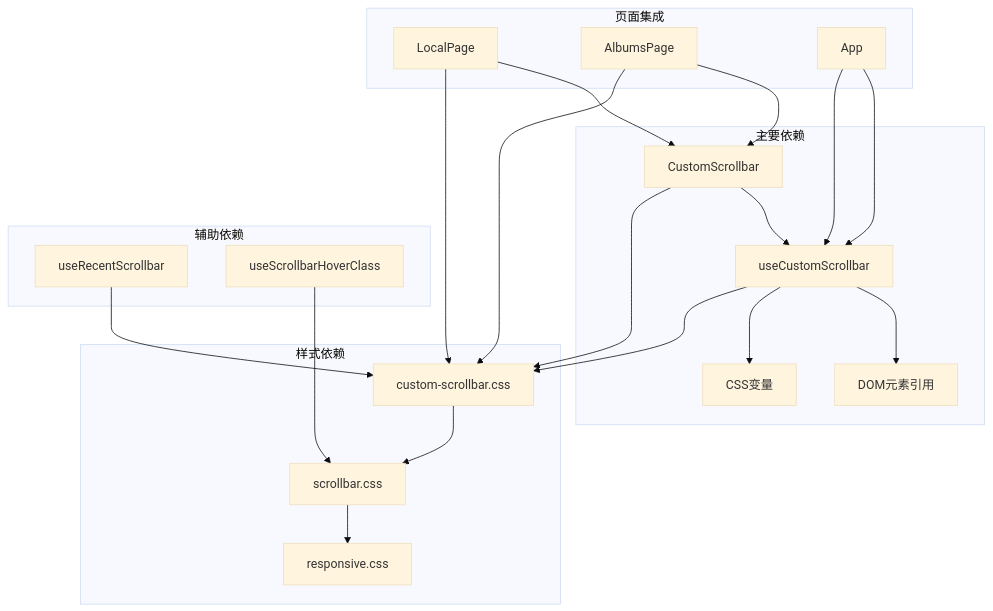
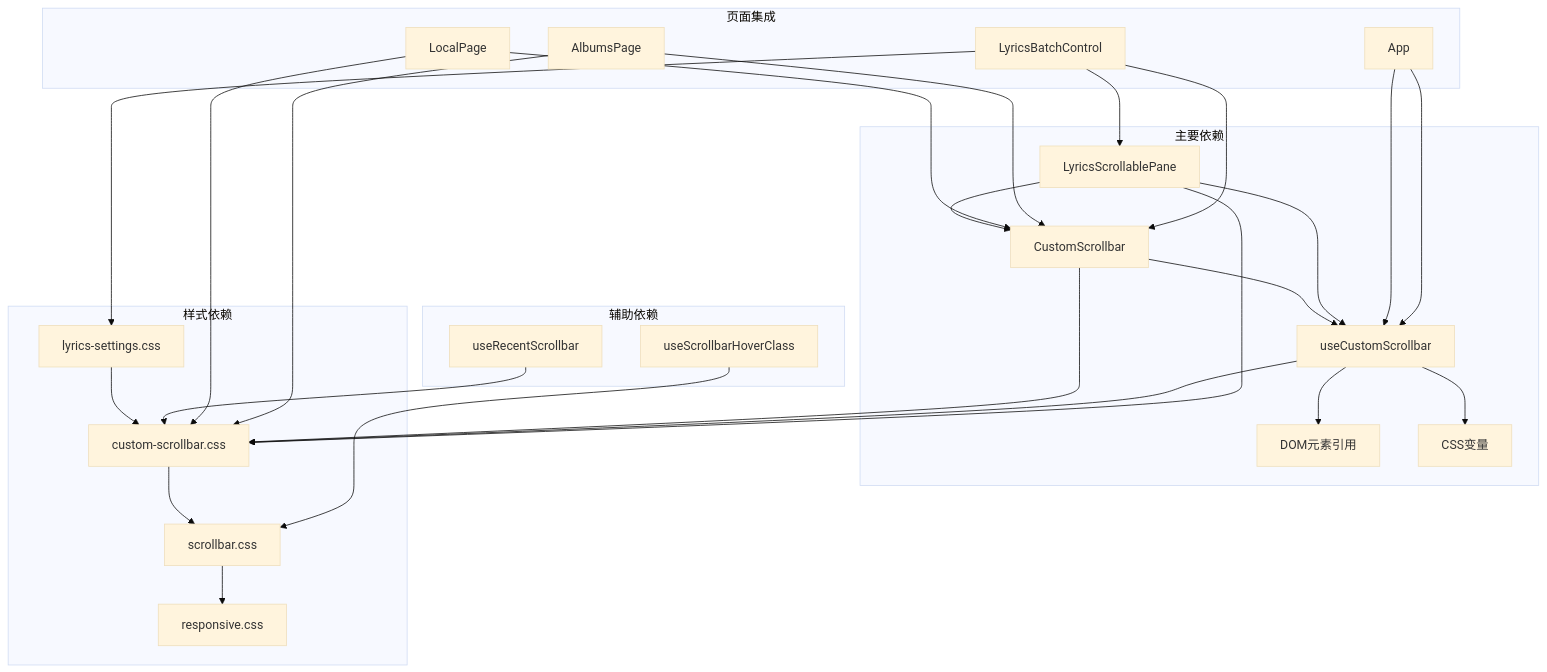
One commit to SeakyLuo/SMPlayerElectron changed diagram 18 of 19 in .qoder/repowiki/zh/content/用户界面/React组件体系/UI基础组件/CustomScrollbar自定义滚动条.md. Above: the diagram before and after it, drawn with Mermaid (base theme). The commit also changed other lines of this file and 32 other files, not shown here.

````diff
--- a/.qoder/repowiki/zh/content/用户界面/React组件体系/UI基础组件/CustomScrollbar自定义滚动条.md
+++ b/.qoder/repowiki/zh/content/用户界面/React组件体系/UI基础组件/CustomScrollbar自定义滚动条.md
@@ -431,26 +545,33 @@
 ```mermaid
 graph TB
 subgraph "主要依赖"
 CS[CustomScrollbar] --> UC[useCustomScrollbar]
+LSP[LyricsScrollablePane] --> CS
+LSP --> UC
 UC --> DOM[DOM元素引用]
 UC --> CSS[CSS变量]
 end
 subgraph "样式依赖"
 CSC[custom-scrollbar.css] --> SC[scrollbar.css]
 SC --> RC[responsive.css]
+LCSS[lyrics-settings.css] --> CSC
 end
 subgraph "页面集成"
 LP[LocalPage] --> CS
 AP[AlbumsPage] --> CS
 APP[App] --> UC
+LBC[LyricsBatchControl] --> LSP
+LBC --> CS
 end
 subgraph "辅助依赖"
 RS[useRecentScrollbar] --> CSC
 SH[useScrollbarHoverClass] --> SC
 end
 CS --> CSC
 UC --> CSC
+LSP --> CSC
+LBC --> LCSS
 LP --> CSC
 AP --> CSC
 APP --> UC
 ```
````
